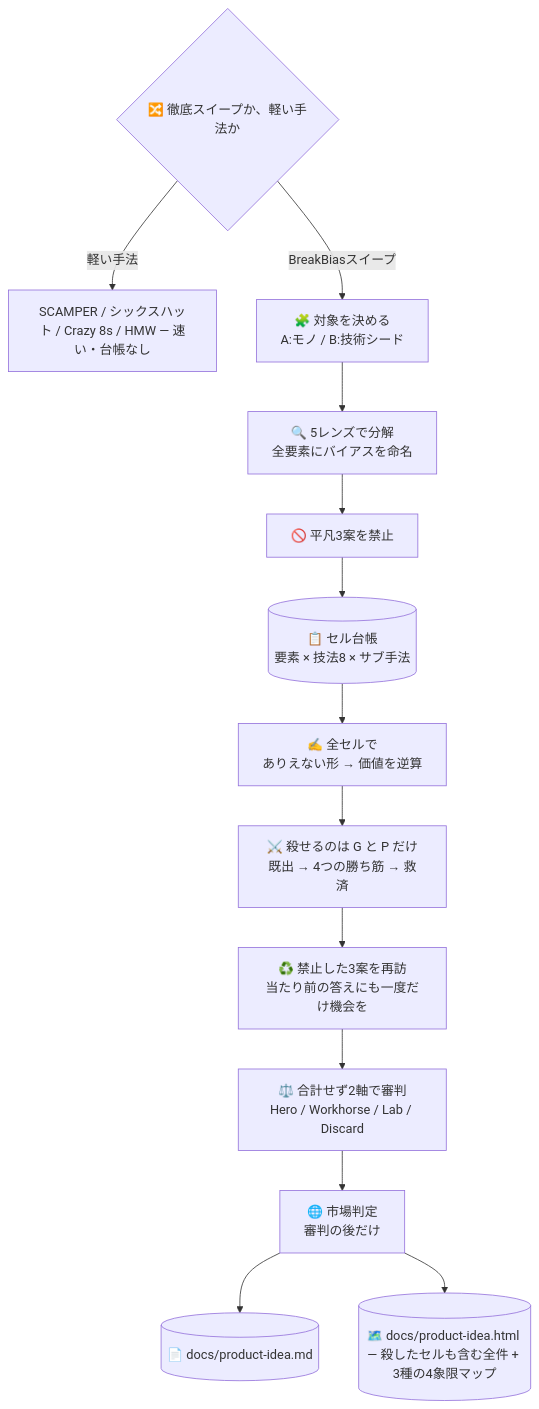
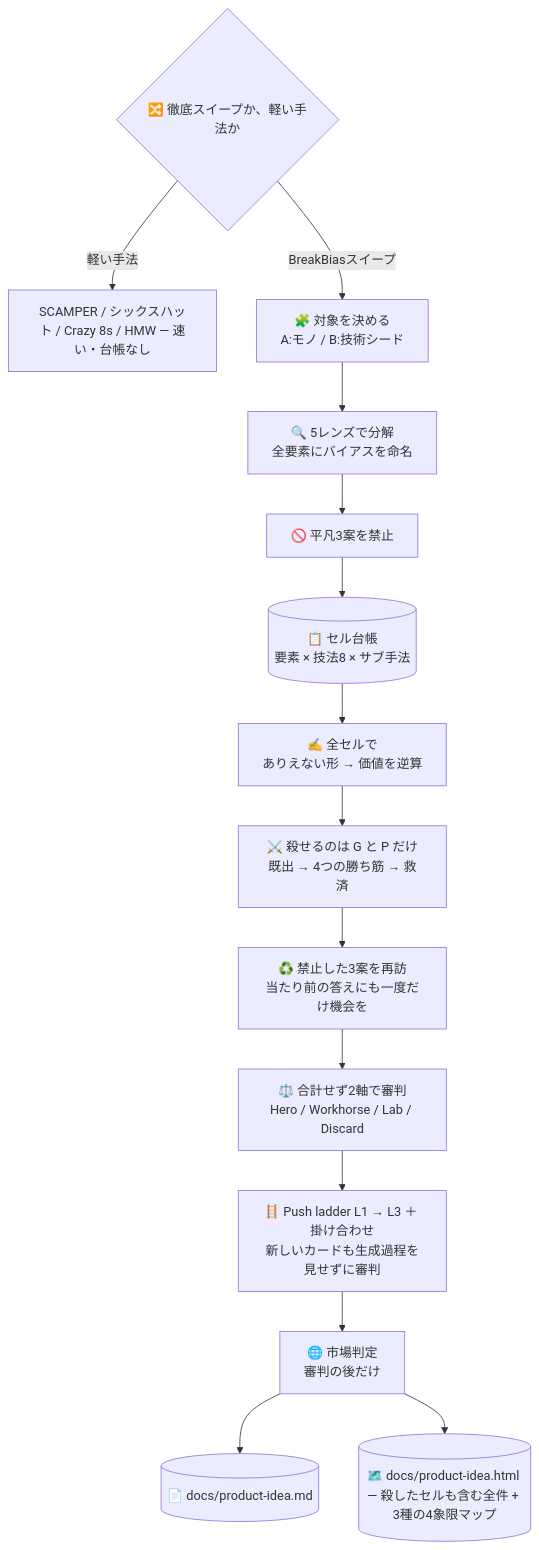
One commit to takaoumehara/superforge-skill changed the diagram in skills/superforge-brain/README.ja.md. Above: the diagram before and after it, drawn with Mermaid. The commit also changed other lines of this file and 14 other files, not shown here.

First line of the commit message:
superforge-brain v5: range dial, push ladder, recycle, fresh-context sweep

````diff
--- a/skills/superforge-brain/README.ja.md
+++ b/skills/superforge-brain/README.ja.md
@@ -27,15 +27,16 @@
 ```mermaid
 flowchart TD
     Z{🔀 徹底スイープか、軽い手法か} -->|軽い手法| ZC[SCAMPER / シックスハット / Crazy 8s / HMW — 速い・台帳なし]
     Z -->|BreakBiasスイープ| A[🧩 対象を決める<br/>A:モノ / B:技術シード]
     A --> B[🔍 5レンズで分解<br/>全要素にバイアスを命名]
     B --> C[🚫 平凡3案を禁止]
     C --> D[(📋 セル台帳<br/>要素 × 技法8 × サブ手法)]
     D --> E[✍️ 全セルで<br/>ありえない形 → 価値を逆算]
     E --> F[⚔️ 殺せるのは G と P だけ<br/>既出 → 4つの勝ち筋 → 救済]
     F --> F2[♻️ 禁止した3案を再訪<br/>当たり前の答えにも一度だけ機会を]
     F2 --> G[⚖️ 合計せず2軸で審判<br/>Hero / Workhorse / Lab / Discard]
-    G --> H[🌐 市場判定<br/>審判の後だけ]
+    G --> G2[🪜 Push ladder L1 → L3 ＋ 掛け合わせ<br/>新しいカードも生成過程を見せずに審判]
+    G2 --> H[🌐 市場判定<br/>審判の後だけ]
     H --> I[(📄 docs/product-idea.md)]
     H --> J[(🗺️ docs/product-idea.html — 殺したセルも含む全件 + 3種の4象限マップ)]
 ```
````
